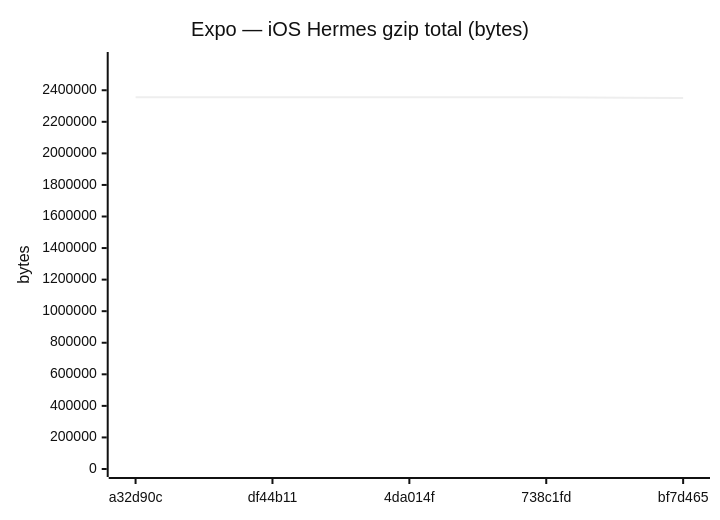
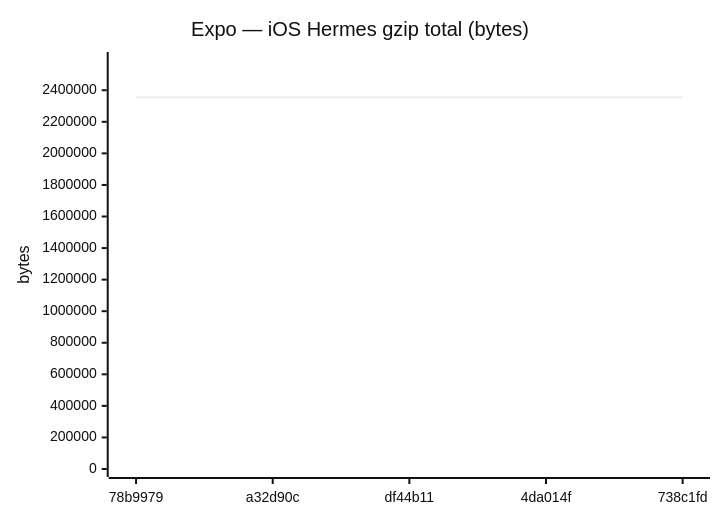
Before and after one commit to Metaheurist/Rianell: diagram 16 of 24 in benchmarks/compare.md, drawn with Mermaid (neutral theme). The commit also changed other lines of this file and 12 other files, not shown here.

````diff
--- a/benchmarks/compare.md
+++ b/benchmarks/compare.md
@@ -228,7 +228,7 @@
 ```mermaid
 xychart-beta
     title "Expo — iOS Hermes gzip total (bytes)"
-    x-axis ["a32d90c", "df44b11", "4da014f", "738c1fd", "bf7d465"]
-    y-axis "bytes" 0 --> 2591666
-    line [2356058, 2356058, 2356060, 2356059, 2350178]
+    x-axis ["78b9979", "a32d90c", "df44b11", "4da014f", "738c1fd"]
+    y-axis "bytes" 0 --> 2591695
+    line [2356086, 2356058, 2356058, 2356060, 2356059]
 ```
````
